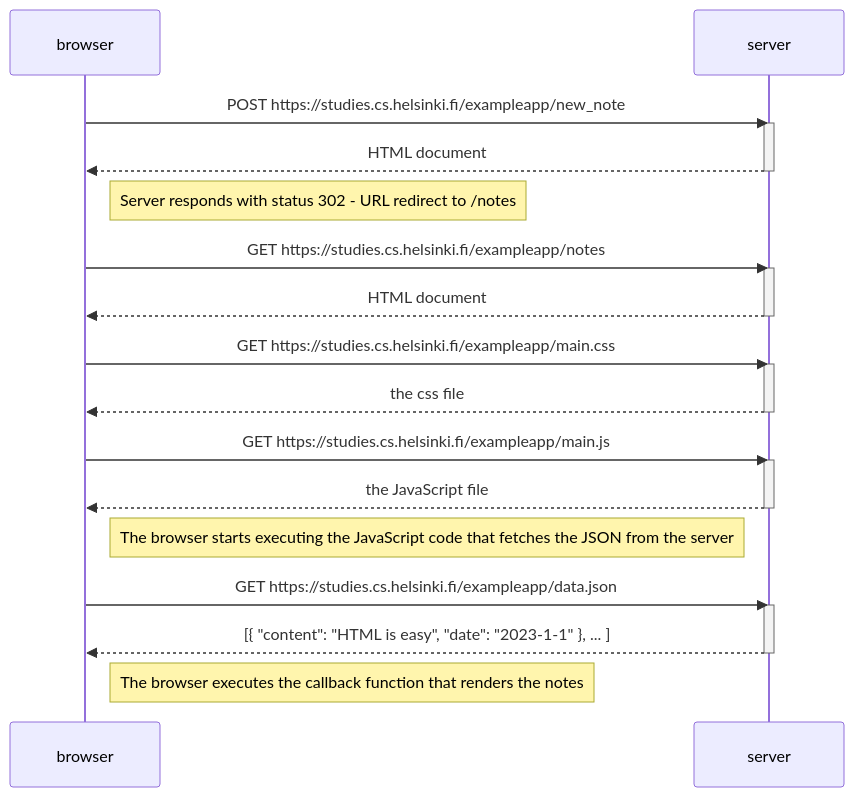
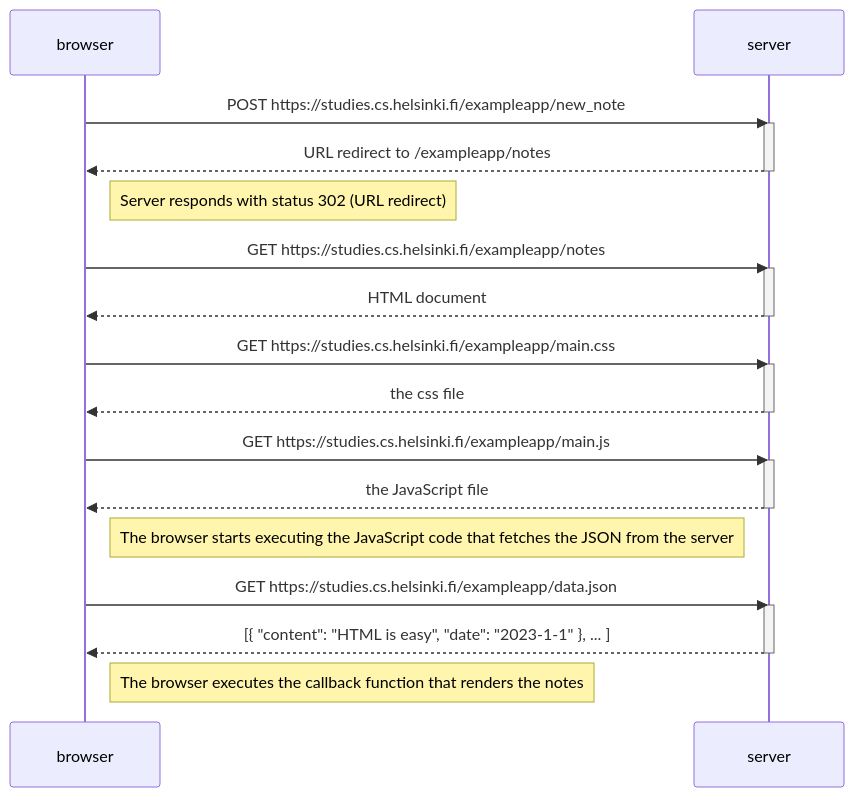
One commit to svepel/fullstuckopen changed the diagram in part0/exersise04.md. Above: the diagram before and after it, drawn with Mermaid.

````diff
--- a/part0/exersise04.md
+++ b/part0/exersise04.md
@@ -3,36 +3,36 @@
 ```mermaid
 sequenceDiagram
     participant browser
     participant server
     
     browser->>server: POST https://studies.cs.helsinki.fi/exampleapp/new_note
     activate server
-    server-->>browser: HTML document
+    server-->>browser: URL redirect to /exampleapp/notes
     deactivate server
-    Note right of browser: Server responds with status 302 - URL redirect to /notes
+    Note right of browser: Server responds with status 302 (URL redirect)
     
     browser->>server: GET https://studies.cs.helsinki.fi/exampleapp/notes
     activate server
     server-->>browser: HTML document
     deactivate server
     
     browser->>server: GET https://studies.cs.helsinki.fi/exampleapp/main.css
     activate server
     server-->>browser: the css file
     deactivate server
 
     browser->>server: GET https://studies.cs.helsinki.fi/exampleapp/main.js
     activate server
     server-->>browser: the JavaScript file
     deactivate server
 
     Note right of browser: The browser starts executing the JavaScript code that fetches the JSON from the server
 
     browser->>server: GET https://studies.cs.helsinki.fi/exampleapp/data.json
     activate server
     server-->>browser: [{ "content": "HTML is easy", "date": "2023-1-1" }, ... ]
     deactivate server
 
     Note right of browser: The browser executes the callback function that renders the notes
 
 ```
````
